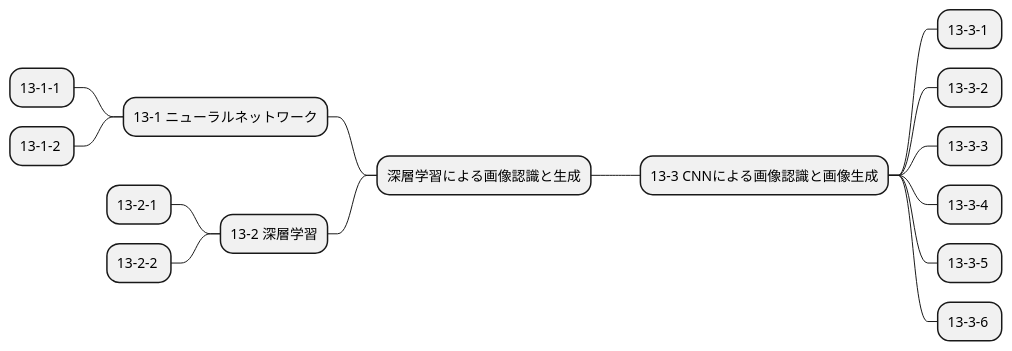
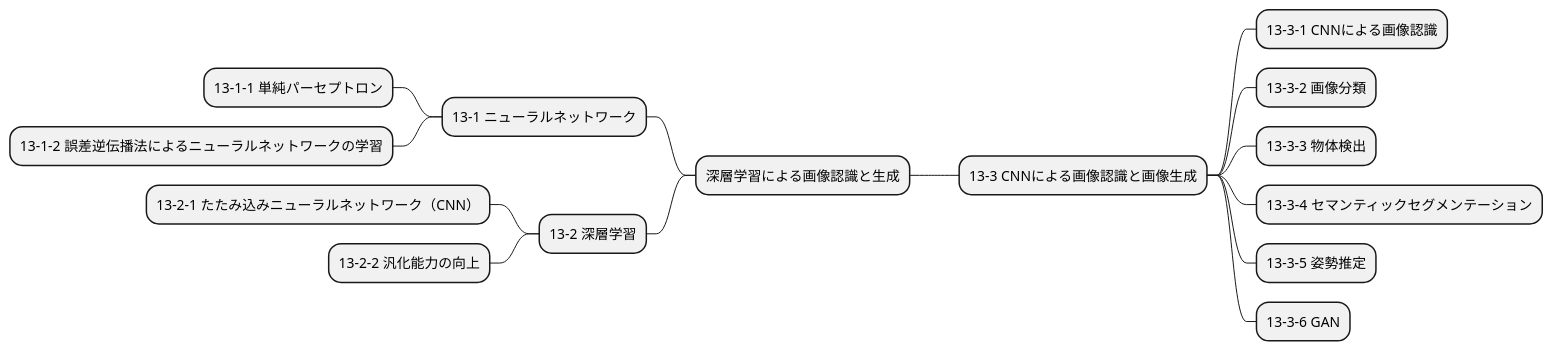
One commit to Takayoshi-Matsuyama/image_processing changed the diagram in mindmap/img_proc_expert_13.puml. Above: the diagram before and after it, drawn with PlantUML. The commit also changed 16 other files, not shown here.

Commit message:
mindmap - ex index

```diff
--- a/mindmap/img_proc_expert_13.puml
+++ b/mindmap/img_proc_expert_13.puml
@@ -1,16 +1,16 @@
 @startmindmap img_proc_expert_13
 + 深層学習による画像認識と生成
 -- 13-1 ニューラルネットワーク
---- 13-1-1 
---- 13-1-2 
+--- 13-1-1 単純パーセプトロン
+--- 13-1-2 誤差逆伝播法によるニューラルネットワークの学習
 -- 13-2 深層学習
---- 13-2-1 
---- 13-2-2 
+--- 13-2-1 たたみ込みニューラルネットワーク（CNN）
+--- 13-2-2 汎化能力の向上
 ++ 13-3 CNNによる画像認識と画像生成
-+++ 13-3-1 
-+++ 13-3-2 
-+++ 13-3-3 
-+++ 13-3-4 
-+++ 13-3-5 
-+++ 13-3-6 
++++ 13-3-1 CNNによる画像認識
++++ 13-3-2 画像分類
++++ 13-3-3 物体検出
++++ 13-3-4 セマンティックセグメンテーション
++++ 13-3-5 姿勢推定
++++ 13-3-6 GAN
 @endmindmap
```
